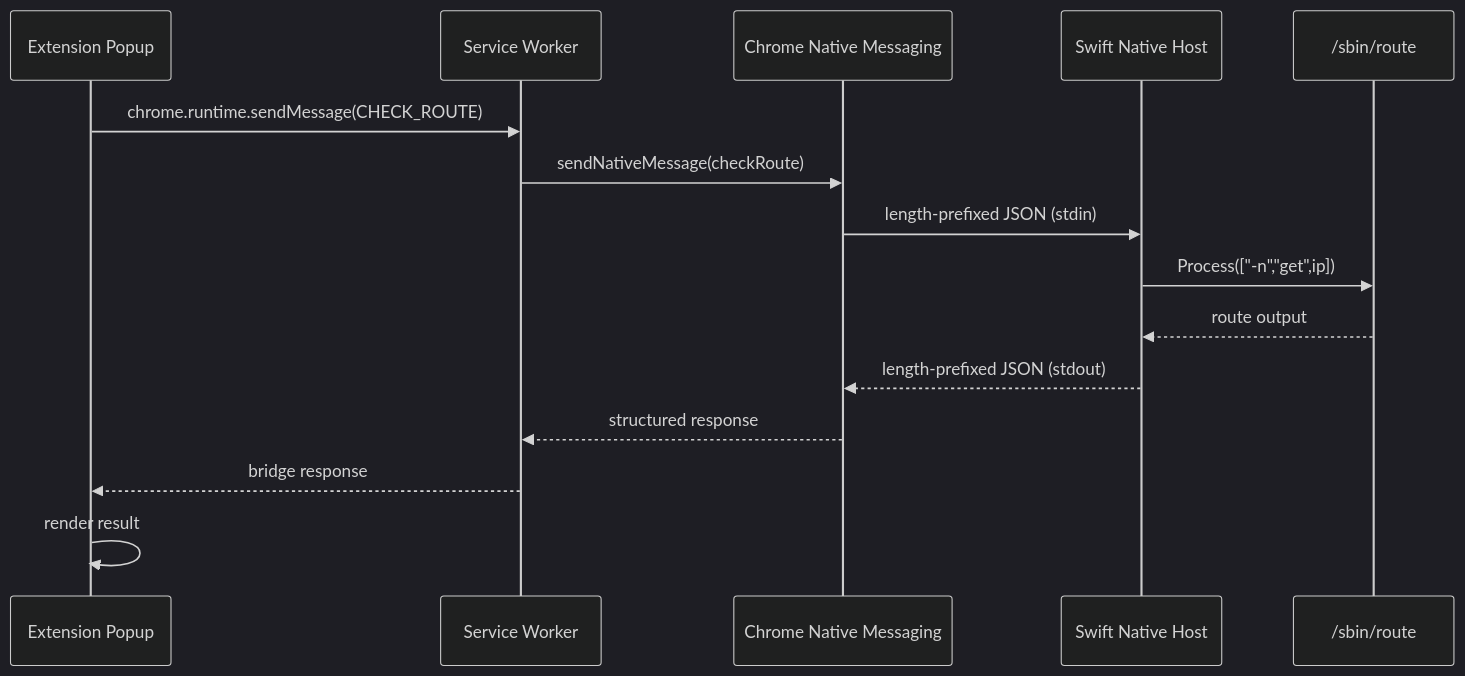
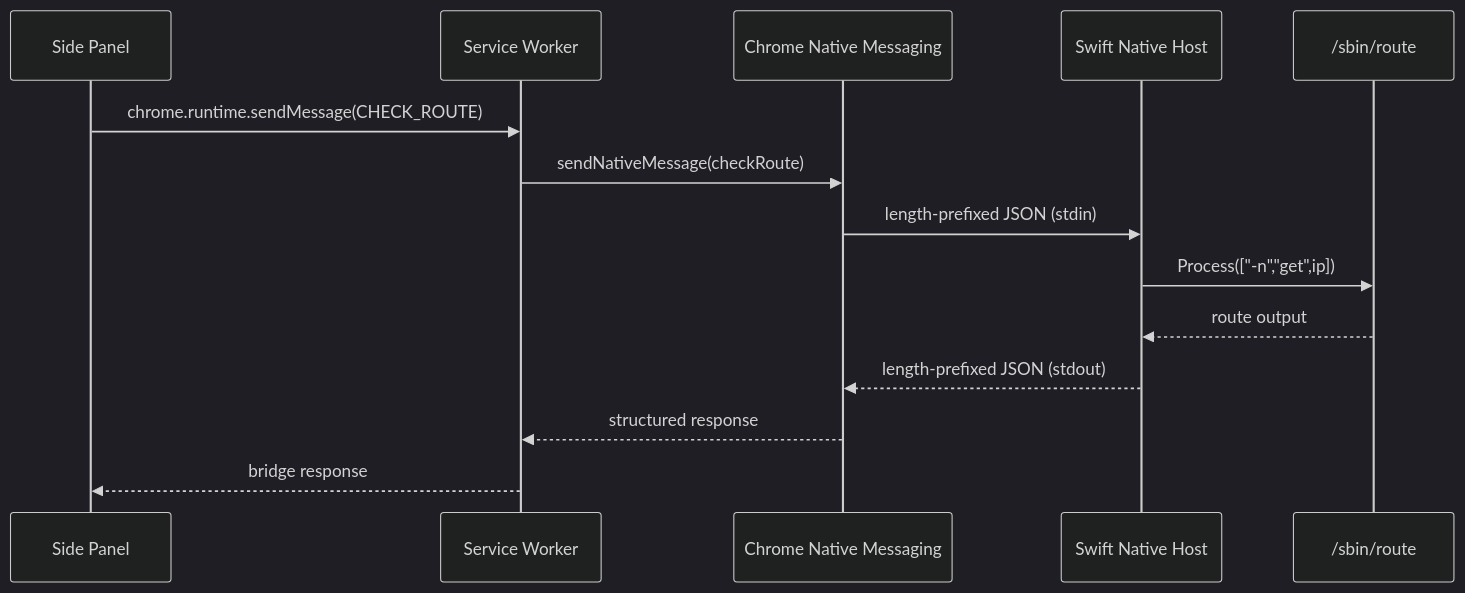
One commit to FreemanDan/vpn-route-inspector changed the first of 3 diagrams in docs/architecture.md. Above: the diagram before and after it, drawn with Mermaid (dark theme). The commit also changed other lines of this file and 14 other files, not shown here.

````diff
--- a/docs/architecture.md
+++ b/docs/architecture.md
@@ -10,18 +15,17 @@
 ```mermaid
 sequenceDiagram
-    participant Popup as Extension Popup
+    participant Panel as Side Panel
     participant SW as Service Worker
     participant NM as Chrome Native Messaging
     participant Host as Swift Native Host
     participant Route as /sbin/route
 
-    Popup->>SW: chrome.runtime.sendMessage(CHECK_ROUTE)
+    Panel->>SW: chrome.runtime.sendMessage(CHECK_ROUTE)
     SW->>NM: sendNativeMessage(checkRoute)
     NM->>Host: length-prefixed JSON (stdin)
     Host->>Route: Process(["-n","get",ip])
     Route-->>Host: route output
     Host-->>NM: length-prefixed JSON (stdout)
     NM-->>SW: structured response
-    SW-->>Popup: bridge response
-    Popup->>Popup: render result
+    SW-->>Panel: bridge response
 ```
````
